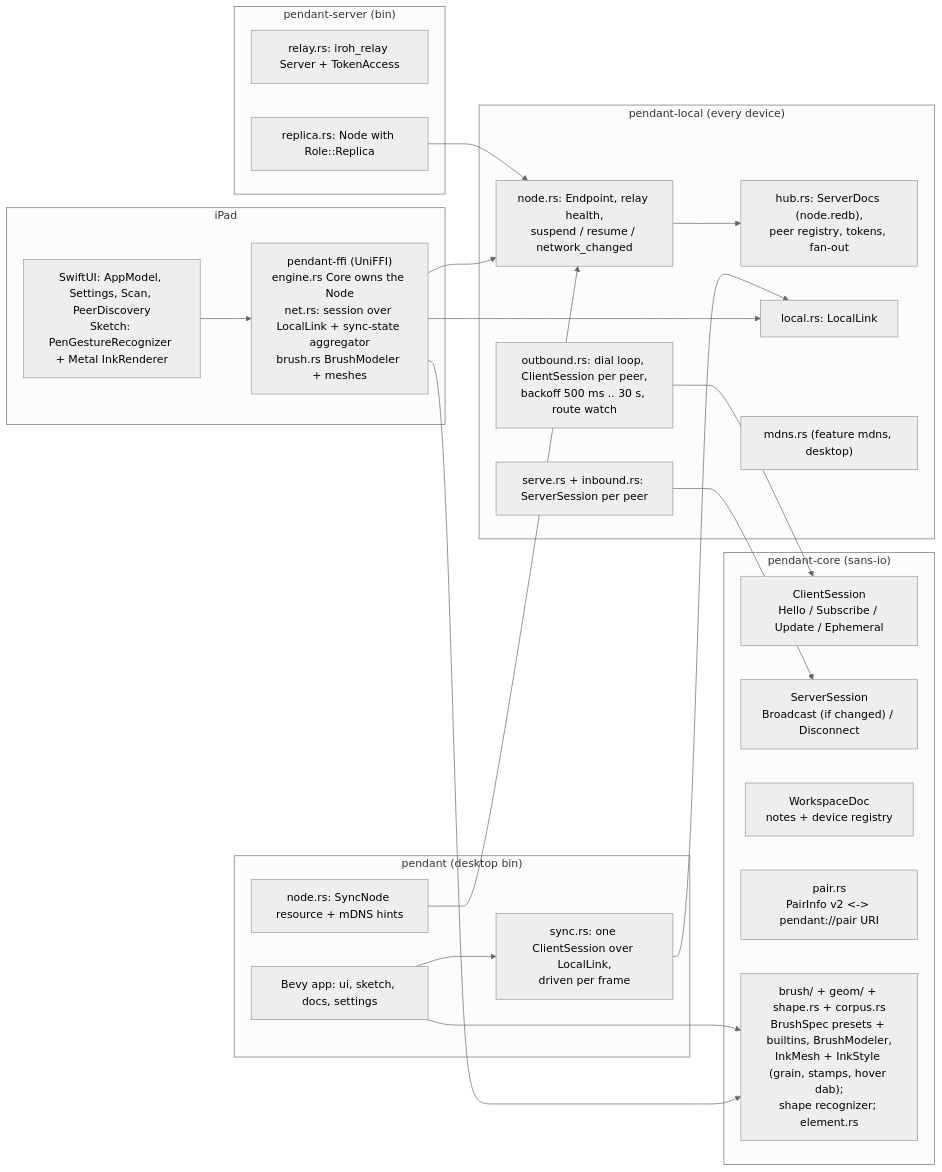
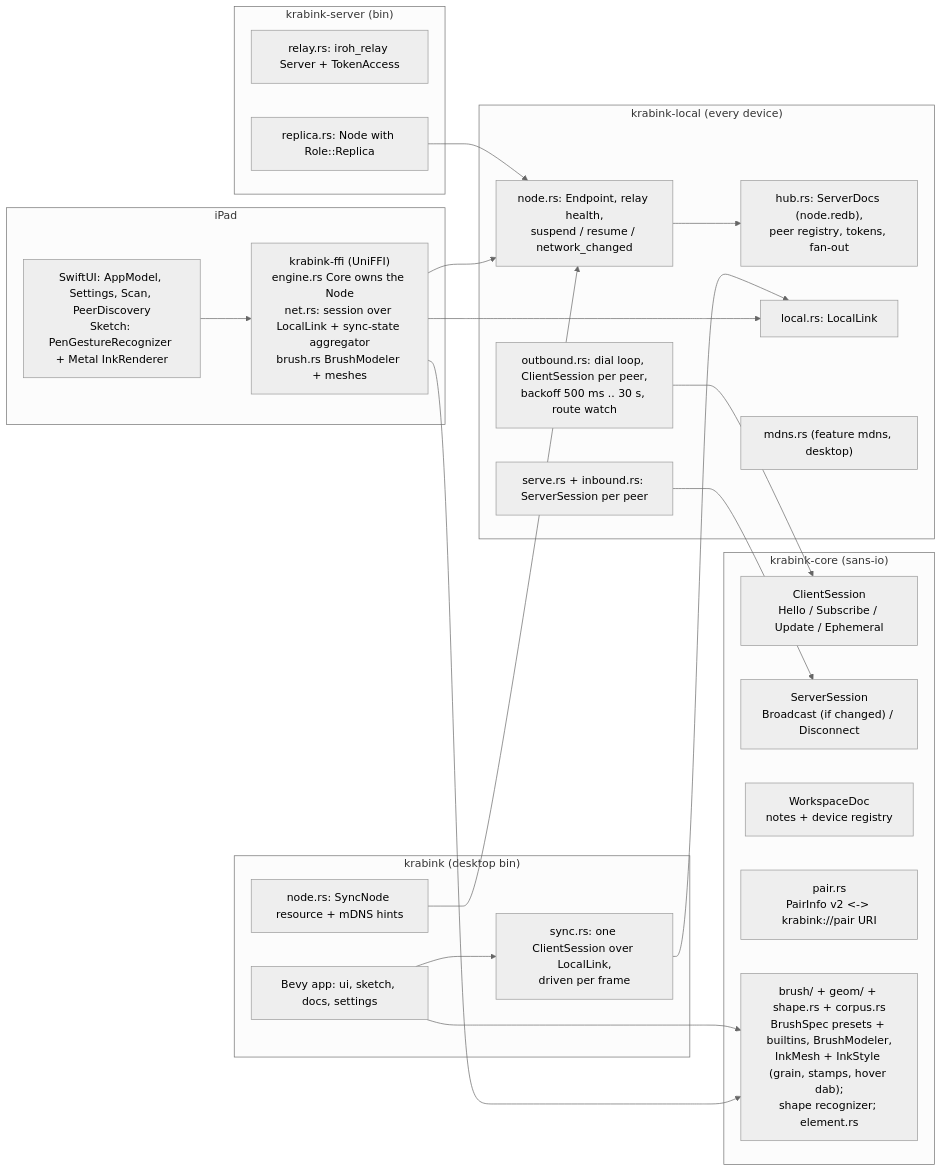
The fourth of 4 diagrams in docs/architecture.md (uttarayan21/krabink), drawn with Mermaid (neutral theme) before and after one commit. The commit also changed other lines of this file and 260 other files, not shown here.

Commit message:
Rename pendant to krabink

````diff
--- a/docs/architecture.md
+++ b/docs/architecture.md
@@ -208,41 +208,41 @@
 ```mermaid
 flowchart LR
-    subgraph core["pendant-core (sans-io)"]
+    subgraph core["krabink-core (sans-io)"]
         CS["ClientSession\nHello / Subscribe / Update / Ephemeral"]
         SS["ServerSession\nBroadcast (if changed) / Disconnect"]
         WS["WorkspaceDoc\nnotes + device registry"]
-        PAIR["pair.rs\nPairInfo v2 <-> pendant://pair URI"]
+        PAIR["pair.rs\nPairInfo v2 <-> krabink://pair URI"]
         INK["brush/ + geom/ + shape.rs + corpus.rs\nBrushSpec presets + builtins, BrushModeler,\nInkMesh + InkStyle (grain, stamps, hover dab);\nshape recognizer; element.rs"]
     end
-    subgraph local["pendant-local (every device)"]
+    subgraph local["krabink-local (every device)"]
         NODE["node.rs: Endpoint, relay health,\nsuspend / resume / network_changed"]
         HUB["hub.rs: ServerDocs (node.redb),\npeer registry, tokens, fan-out"]
         SERVE["serve.rs + inbound.rs: ServerSession per peer"]
         OUT["outbound.rs: dial loop, ClientSession per peer,\nbackoff 500 ms .. 30 s, route watch"]
         LINK["local.rs: LocalLink"]
         MDNS["mdns.rs (feature mdns, desktop)"]
         NODE --> HUB
         SERVE --> SS
         OUT --> CS
     end
-    subgraph server["pendant-server (bin)"]
+    subgraph server["krabink-server (bin)"]
         RELAY["relay.rs: iroh_relay Server + TokenAccess"]
         REPL["replica.rs: Node with Role::Replica"]
         REPL --> NODE
     end
-    subgraph desktop["pendant (desktop bin)"]
+    subgraph desktop["krabink (desktop bin)"]
         BEVY["Bevy app: ui, sketch, docs, settings"]
         SYNC["sync.rs: one ClientSession over LocalLink,\ndriven per frame"]
         DNODE["node.rs: SyncNode resource + mDNS hints"]
         BEVY --> SYNC --> LINK
         BEVY --> INK
         DNODE --> NODE
     end
     subgraph ios["iPad"]
         SWIFT["SwiftUI: AppModel, Settings, Scan, PeerDiscovery\nSketch: PenGestureRecognizer + Metal InkRenderer"]
-        FFI["pendant-ffi (UniFFI)\nengine.rs Core owns the Node\nnet.rs: session over LocalLink + sync-state aggregator\nbrush.rs BrushModeler + meshes"]
+        FFI["krabink-ffi (UniFFI)\nengine.rs Core owns the Node\nnet.rs: session over LocalLink + sync-state aggregator\nbrush.rs BrushModeler + meshes"]
         SWIFT --> FFI --> LINK
         FFI --> NODE
         FFI --> INK
     end
 ```
````
